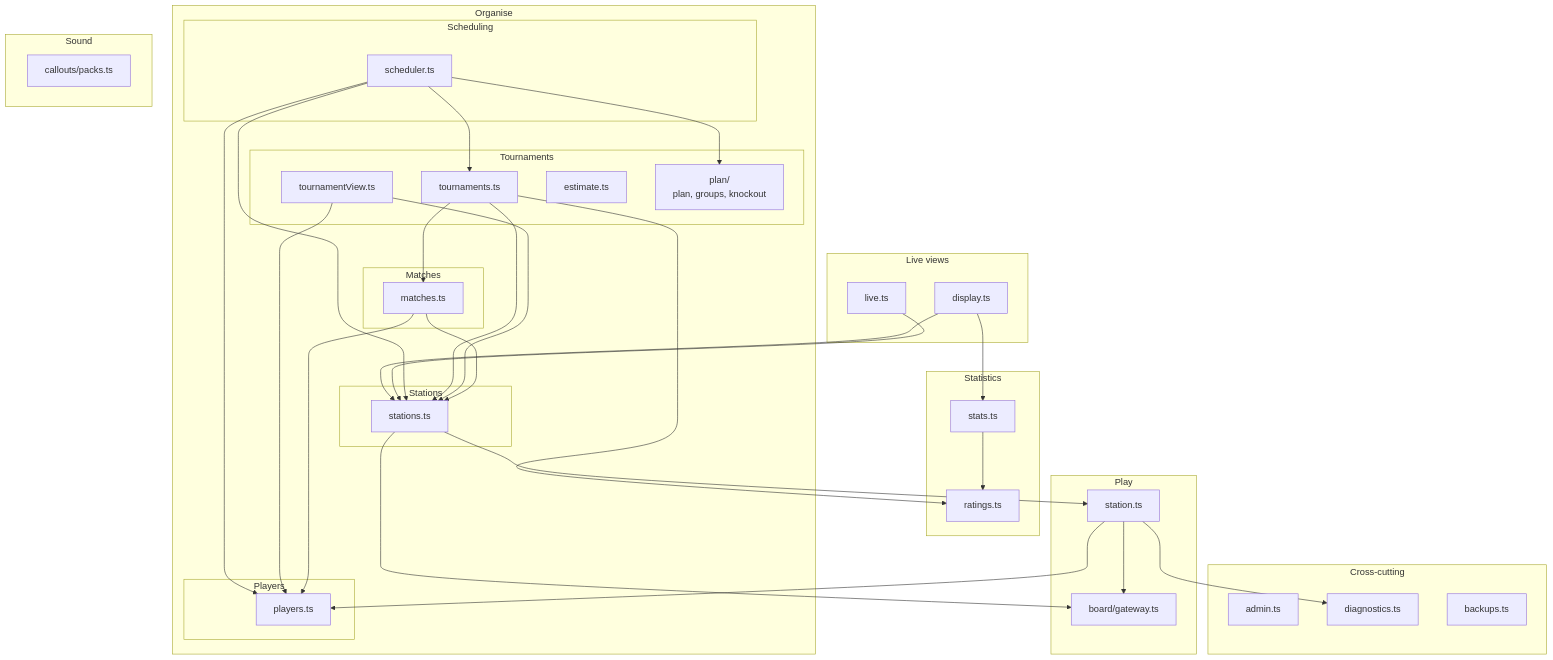
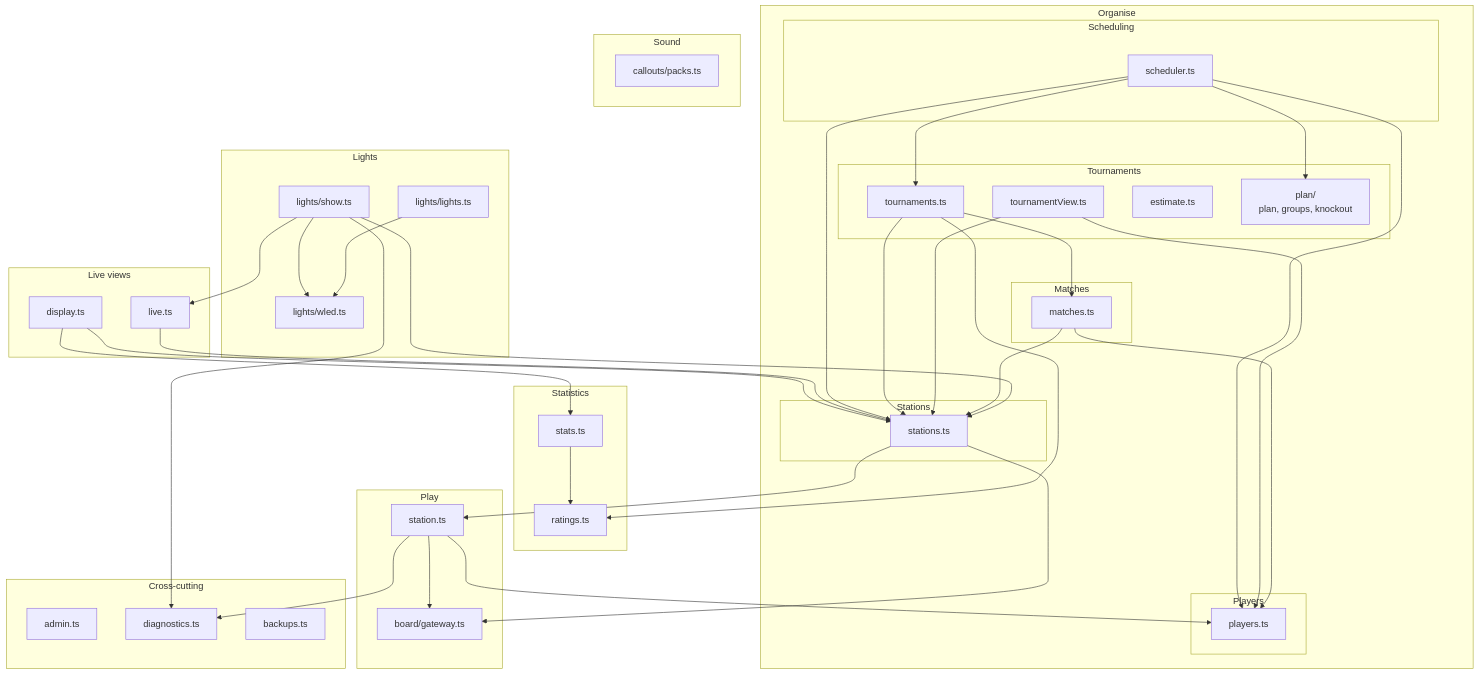
The second of 2 diagrams in docs/architecture/05-building-block-view.md (sverbach/n4-darts), drawn with Mermaid before and after one commit. The commit also changed other lines of this file and 10 other files, not shown here.

Commit message:
Lights in the docs: README, ADR 0009, architecture, ui-pages, glossary (wled-lights 05)

````diff
--- a/docs/architecture/05-building-block-view.md
+++ b/docs/architecture/05-building-block-view.md
@@ -131,6 +133,12 @@
         packs["callouts/packs.ts"]
     end
 
+    subgraph lightsC["Lights"]
+        show["lights/show.ts"]
+        lightsM["lights/lights.ts"]
+        wledC["lights/wled.ts"]
+    end
+
     subgraph cross["Cross-cutting"]
         admin["admin.ts"]
         diagnostics["diagnostics.ts"]
@@ -163,4 +171,10 @@
     station --> players
 
     station --> diagnostics
+
+    show --> live
+    show --> stations
+    show --> wledC
+    show --> diagnostics
+    lightsM --> wledC
 ```
````
